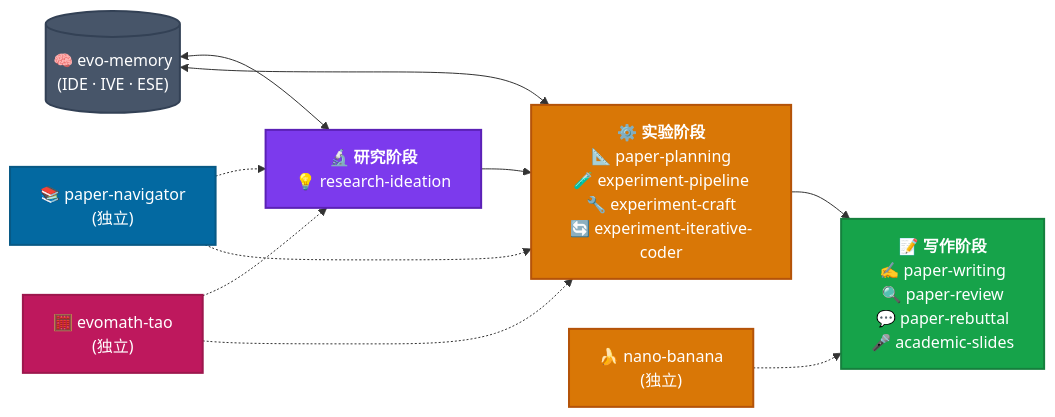
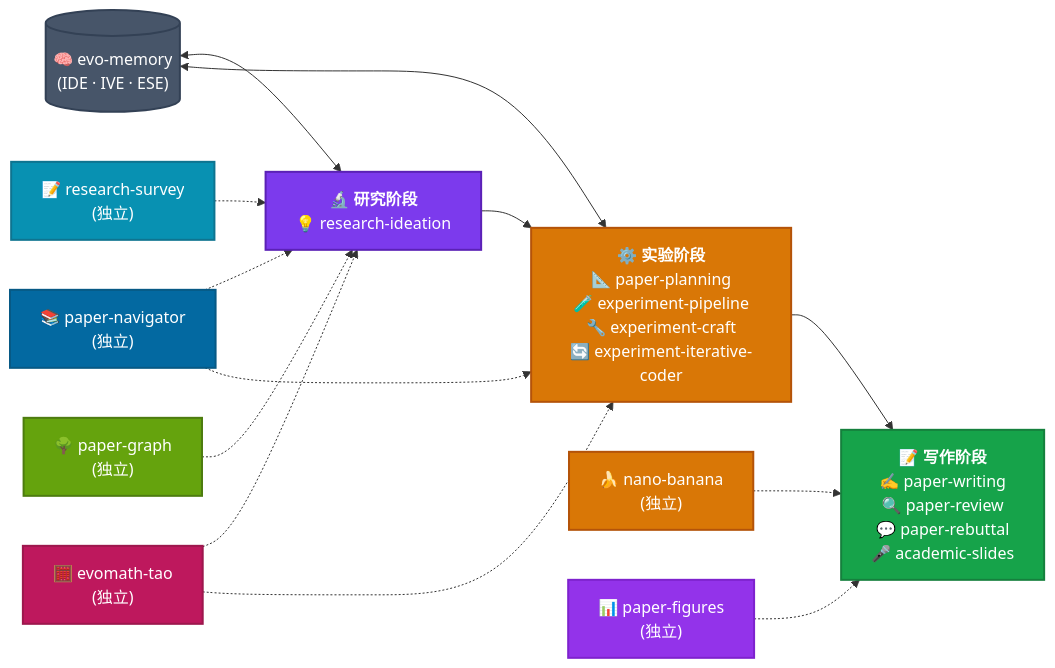
The diagram in README.zh-CN.md (EvoScientist/EvoSkills), drawn with Mermaid before and after one commit. The commit also changed 1 other file, not shown here.

Commit message:
fix(README): add missing skills to pipeline diagram
The mermaid skill-pipeline diagram in both READMEs listed only 13 of
the 16 skills. Add the three missing standalone skills with the same
dotted-arrow convention as the other standalone entries:

- research-survey (feeds Research phase)
- paper-graph (feeds Research phase)
- paper-figures (feeds Writing phase)

Reported in #32.

````diff
--- a/README.zh-CN.md
+++ b/README.zh-CN.md
@@ -93,22 +93,28 @@
 ```mermaid
 flowchart LR
     A["<b>🔬 研究阶段</b><br/>💡 research-ideation"]
     --> B["<b>⚙️ 实验阶段</b><br/>📐 paper-planning<br/>🧪 experiment-pipeline<br/>🔧 experiment-craft<br/>🔄 experiment-iterative-coder"]
     --> C["<b>📝 写作阶段</b><br/>✍️ paper-writing<br/>🔍 paper-review<br/>💬 paper-rebuttal<br/>🎤 academic-slides"]
 
     D[("🧠 evo-memory<br/>(IDE · IVE · ESE)")] <--> A
     D <--> B
     E["📚 paper-navigator<br/>(独立)"] -.-> A
     E -.-> B
     F["🍌 nano-banana<br/>(独立)"] -.-> C
     G["🧮 evomath-tao<br/>(独立)"] -.-> A
     G -.-> B
+    H["📝 research-survey<br/>(独立)"] -.-> A
+    I["🌳 paper-graph<br/>(独立)"] -.-> A
+    J["📊 paper-figures<br/>(独立)"] -.-> C
 
     style A fill:#7C3AED,stroke:#5B21B6,stroke-width:2px,color:#fff
     style B fill:#D97706,stroke:#B45309,stroke-width:2px,color:#fff
     style C fill:#16A34A,stroke:#15803D,stroke-width:2px,color:#fff
     style D fill:#475569,stroke:#334155,stroke-width:2px,color:#fff
     style E fill:#0369A1,stroke:#075985,stroke-width:2px,color:#fff
     style F fill:#D97706,stroke:#B45309,stroke-width:2px,color:#fff
     style G fill:#BE185D,stroke:#9D174D,stroke-width:2px,color:#fff
+    style H fill:#0891B2,stroke:#0E7490,stroke-width:2px,color:#fff
+    style I fill:#65A30D,stroke:#4D7C0F,stroke-width:2px,color:#fff
+    style J fill:#9333EA,stroke:#7E22CE,stroke-width:2px,color:#fff
 ```
````
